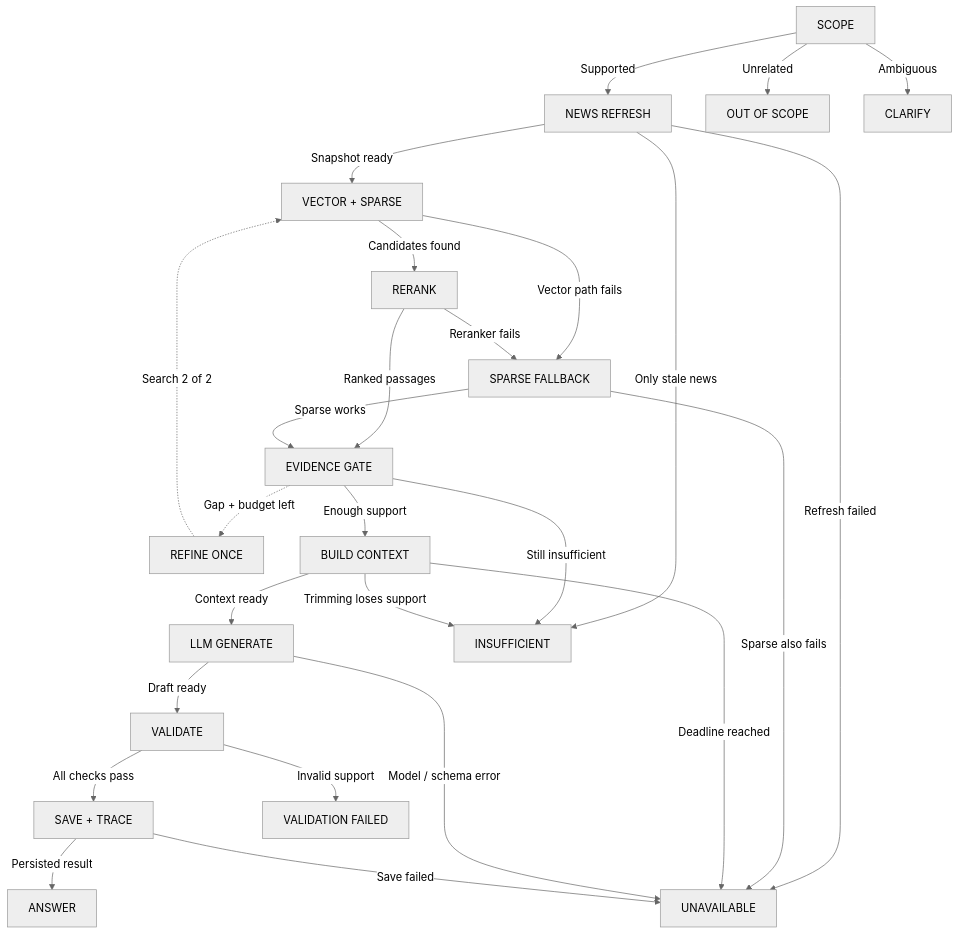
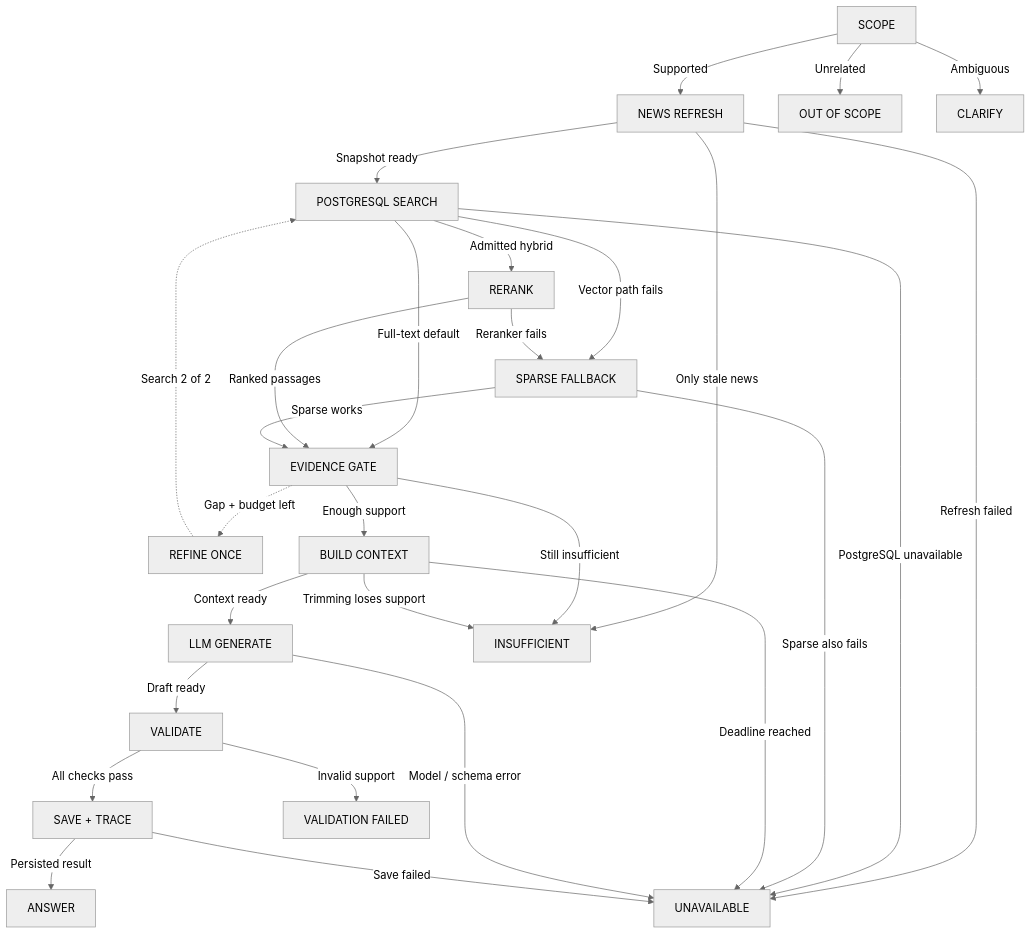
Before and after one commit to ByronHo68/ai-learning-academy: the first of 12 diagrams in docs/FINANCE_WORKFLOW_ATLAS.md, drawn with Mermaid (neutral theme). The commit also changed other lines of this file and 66 other files, not shown here.

Commit message:
Use PostgreSQL for the finance database and retrieval baseline

````diff
--- a/docs/FINANCE_WORKFLOW_ATLAS.md
+++ b/docs/FINANCE_WORKFLOW_ATLAS.md
@@ -37,45 +37,47 @@
 ```mermaid
 flowchart TD
   n0["SCOPE"]
   n1["NEWS REFRESH"]
-  n2["VECTOR + SPARSE"]
+  n2["POSTGRESQL SEARCH"]
   n3["RERANK"]
   n4["SPARSE FALLBACK"]
   n5["EVIDENCE GATE"]
   n6["REFINE ONCE"]
   n7["BUILD CONTEXT"]
   n8["LLM GENERATE"]
   n9["VALIDATE"]
   n10["SAVE + TRACE"]
   n11["ANSWER"]
   n12["INSUFFICIENT"]
   n13["OUT OF SCOPE"]
   n14["CLARIFY"]
   n15["UNAVAILABLE"]
   n16["VALIDATION FAILED"]
   n0 -- "Supported" --> n1
   n0 -- "Ambiguous" --> n14
   n0 -- "Unrelated" --> n13
   n1 -- "Snapshot ready" --> n2
   n1 -- "Only stale news" --> n12
   n1 -- "Refresh failed" --> n15
-  n2 -- "Candidates found" --> n3
+  n2 -- "Admitted hybrid" --> n3
+  n2 -- "Full-text default" --> n5
+  n2 -- "PostgreSQL unavailable" --> n15
   n2 -- "Vector path fails" --> n4
   n3 -- "Ranked passages" --> n5
   n3 -- "Reranker fails" --> n4
   n4 -- "Sparse works" --> n5
   n4 -- "Sparse also fails" --> n15
   n5 -. "Gap + budget left" .-> n6
   n6 -. "Search 2 of 2" .-> n2
   n5 -- "Still insufficient" --> n12
   n5 -- "Enough support" --> n7
   n7 -- "Trimming loses support" --> n12
   n7 -- "Context ready" --> n8
   n7 -- "Deadline reached" --> n15
   n8 -- "Draft ready" --> n9
   n8 -- "Model / schema error" --> n15
   n9 -- "Invalid support" --> n16
   n9 -- "All checks pass" --> n10
   n10 -- "Persisted result" --> n11
   n10 -- "Save failed" --> n15
 ```
````
